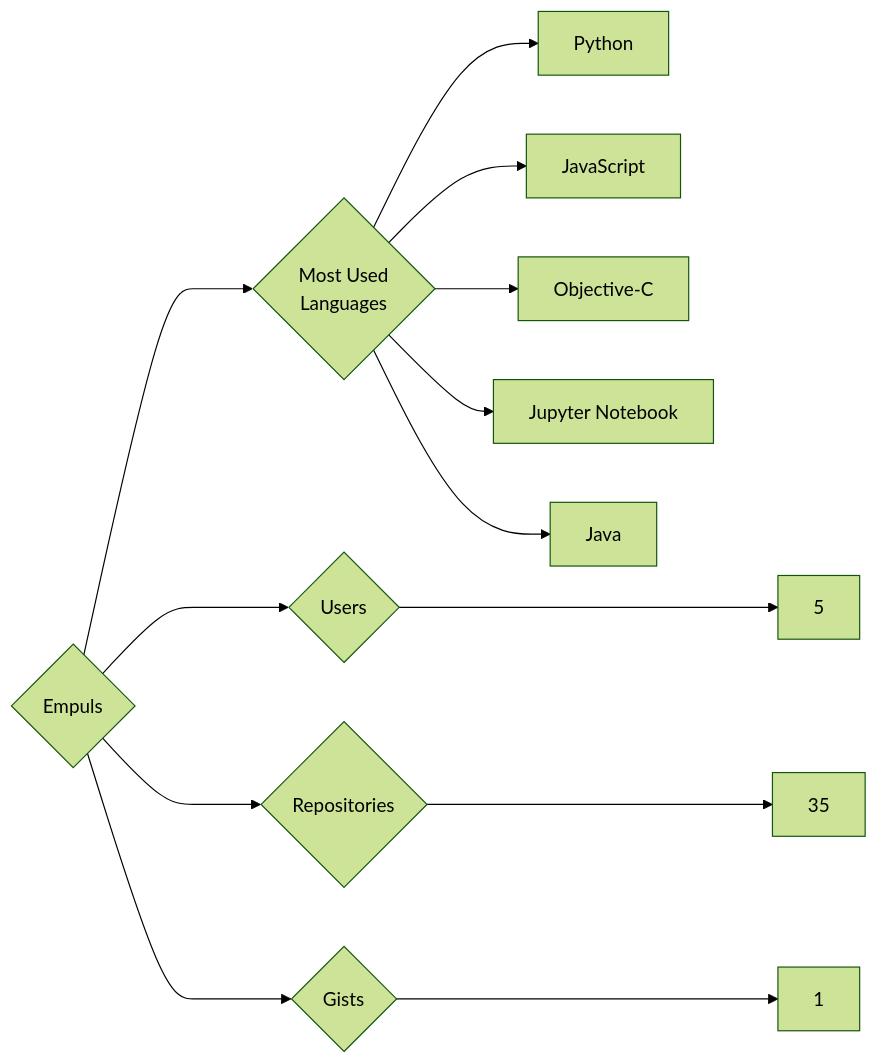
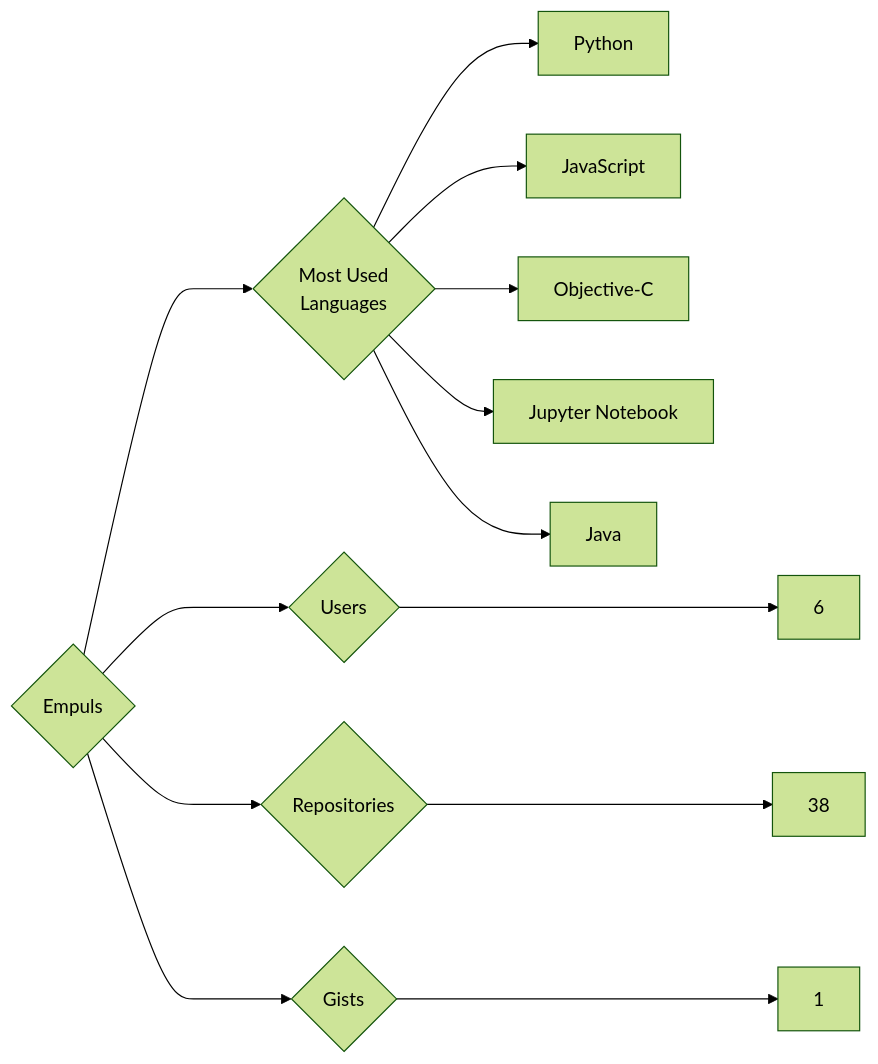
One commit to trickest/insiders changed the diagram in targets/Empuls/README.md. Above: the diagram before and after it, drawn with Mermaid (forest theme). The commit also changed 942 other files, not shown here.

````diff
--- a/targets/Empuls/README.md
+++ b/targets/Empuls/README.md
@@ -3,13 +3,13 @@
 ```mermaid
 graph LR
 COMPANY_NAME{Empuls}
-COMPANY_NAME ---> U{Users} ---> UN[5]
-COMPANY_NAME ---> R{Repositories} ---> RN[35]
+COMPANY_NAME ---> U{Users} ---> UN[6]
+COMPANY_NAME ---> R{Repositories} ---> RN[38]
 COMPANY_NAME ---> G{Gists} ---> GN[1]
 COMPANY_NAME ---> ML{Most Used<br>Languages}
 ML --> Python[Python]
 ML --> JavaScript[JavaScript]
 ML --> Objective-C[Objective-C]
 ML --> Jupyter_Notebook[Jupyter Notebook]
 ML --> Java[Java]
 ```
````
